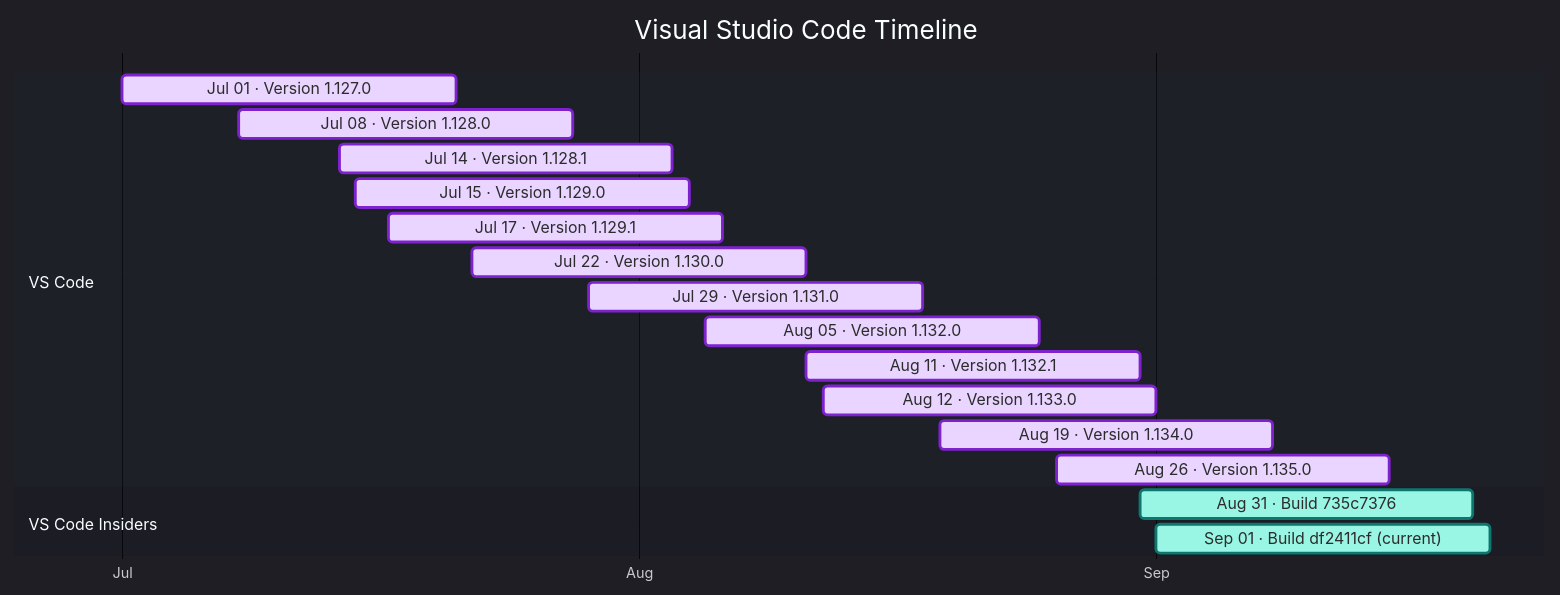
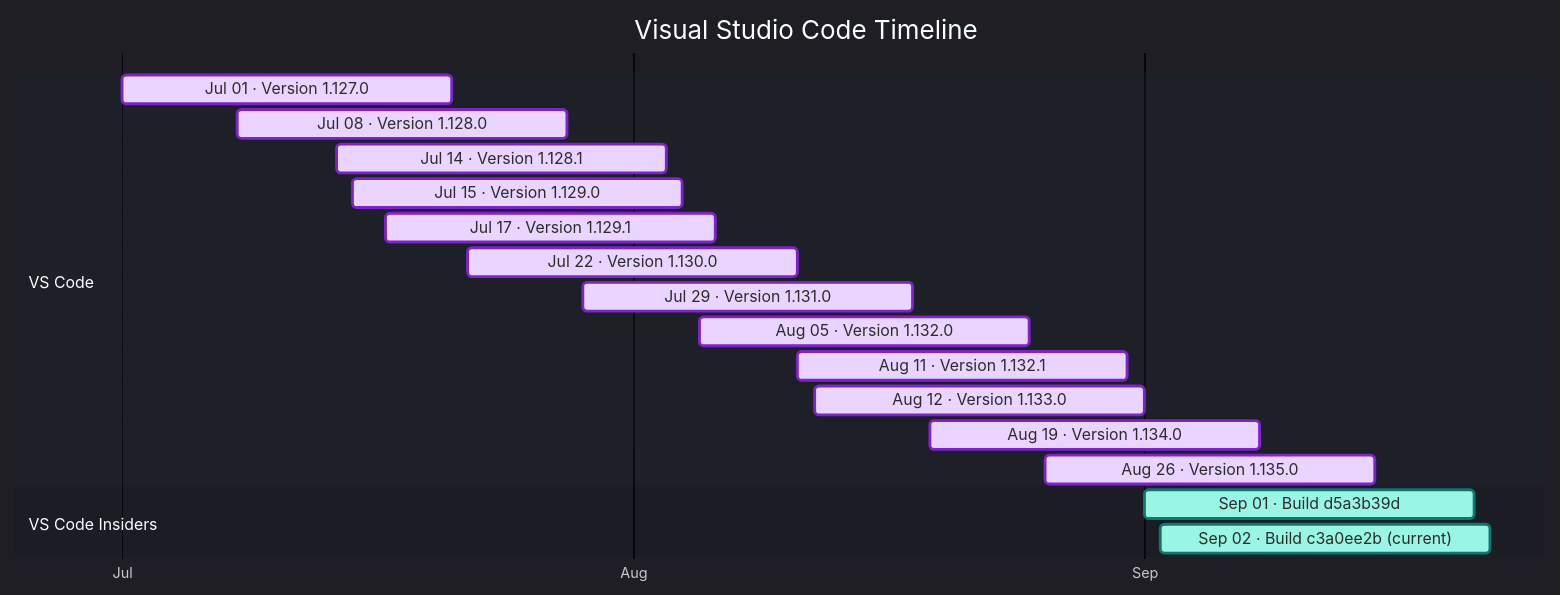
The diagram in docs/vscode.md (Oxelya-DevTools/VisualStudioUpdate), drawn with Mermaid before and after one commit. The commit also changed other lines of this file and 1 other file, not shown here.

````diff
--- a/docs/vscode.md
+++ b/docs/vscode.md
@@ -9,24 +9,24 @@
 ```mermaid
 %%{init: {'theme':'dark','themeVariables': { 'fontFamily': 'Segoe UI', 'fontSize': '24px', 'textColor': '#F3F4F6', 'titleTextColor': '#FFFFFF', 'taskTextColor': '#111827', 'taskTextLightColor': '#111827', 'taskTextOutsideColor': '#F3F4F6', 'taskBkgColor': '#BAE6FD', 'taskBorderColor': '#0369A1', 'doneTaskBkgColor': '#E9D5FF', 'doneTaskBorderColor': '#7E22CE', 'activeTaskBkgColor': '#99F6E4', 'activeTaskBorderColor': '#0F766E', 'critTaskBkgColor': '#FED7AA', 'critTaskBorderColor': '#C2410C', 'sectionBkgColor': '#1F2937', 'altSectionBkgColor': '#111827', 'gridColor': '#4B5563', 'todayLineColor': '#F87171' }}}%%
 gantt
     title Visual Studio Code Timeline
     dateFormat  YYYY-MM-DD
     axisFormat  %b
     tickInterval 1month
     section VS Code
     Jul 01 · Version 1.127.0 : done, vscode202607010, 2026-07-01, 20d
     Jul 08 · Version 1.128.0 : done, vscode202607081, 2026-07-08, 20d
     Jul 14 · Version 1.128.1 : done, vscode202607142, 2026-07-14, 20d
     Jul 15 · Version 1.129.0 : done, vscode202607153, 2026-07-15, 20d
     Jul 17 · Version 1.129.1 : done, vscode202607174, 2026-07-17, 20d
     Jul 22 · Version 1.130.0 : done, vscode202607225, 2026-07-22, 20d
     Jul 29 · Version 1.131.0 : done, vscode202607296, 2026-07-29, 20d
     Aug 05 · Version 1.132.0 : done, vscode202608057, 2026-08-05, 20d
     Aug 11 · Version 1.132.1 : done, vscode202608118, 2026-08-11, 20d
     Aug 12 · Version 1.133.0 : done, vscode202608129, 2026-08-12, 20d
     Aug 19 · Version 1.134.0 : done, vscode2026081910, 2026-08-19, 20d
     Aug 26 · Version 1.135.0 : done, vscode2026082611, 2026-08-26, 20d
     section VS Code Insiders
-    Aug 31 · Build 735c7376 : active, vscodeinsiders202608310, 2026-08-31, 20d
-    Sep 01 · Build df2411cf (current) : active, vscodeinsiders202609011, 2026-09-01, 20d
+    Sep 01 · Build d5a3b39d : active, vscodeinsiders202609010, 2026-09-01, 20d
+    Sep 02 · Build c3a0ee2b (current) : active, vscodeinsiders202609021, 2026-09-02, 20d
 ```
````
